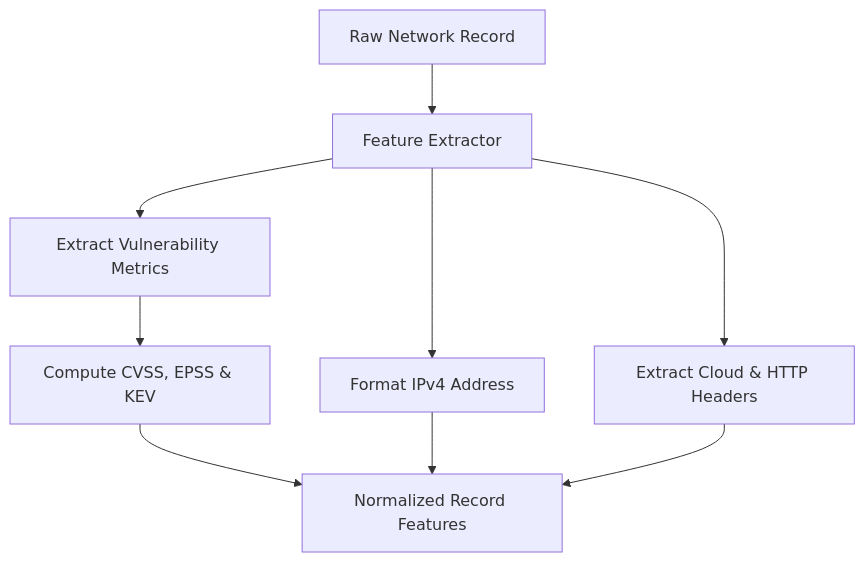
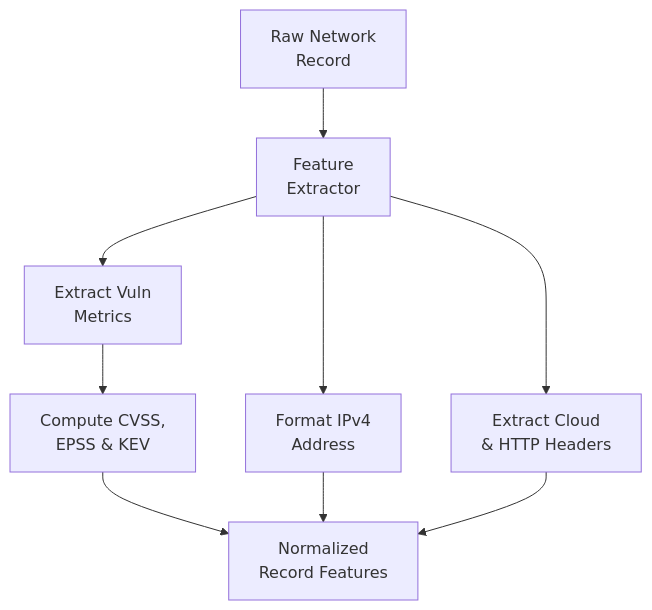
Before and after one commit to dev-anuj007/cyber_intel: the second of 4 diagrams in backend/src/services/aggregator/README.md, drawn with Mermaid. The commit also changed other lines of this file, not shown here.

````diff
--- a/backend/src/services/aggregator/README.md
+++ b/backend/src/services/aggregator/README.md
@@ -56,11 +56,11 @@
 ```mermaid
 flowchart TD
-    Raw["Raw Network Record"] --> Parse["Feature Extractor"]
-    Parse --> IP["Format IPv4 Address"]
-    Parse --> HTTP["Extract Cloud & HTTP Headers"]
-    Parse --> Vuln["Extract Vulnerability Metrics"]
-    Vuln --> Metrics["Compute CVSS, EPSS & KEV"]
-    Metrics --> Feat["Normalized Record Features"]
+    Raw["Raw Network<br/>Record"] --> Parse["Feature<br/>Extractor"]
+    Parse --> IP["Format IPv4<br/>Address"]
+    Parse --> HTTP["Extract Cloud<br/>& HTTP Headers"]
+    Parse --> Vuln["Extract Vuln<br/>Metrics"]
+    Vuln --> Metrics["Compute CVSS,<br/>EPSS & KEV"]
+    Metrics --> Feat["Normalized<br/>Record Features"]
     IP --> Feat
     HTTP --> Feat
 ```
````
